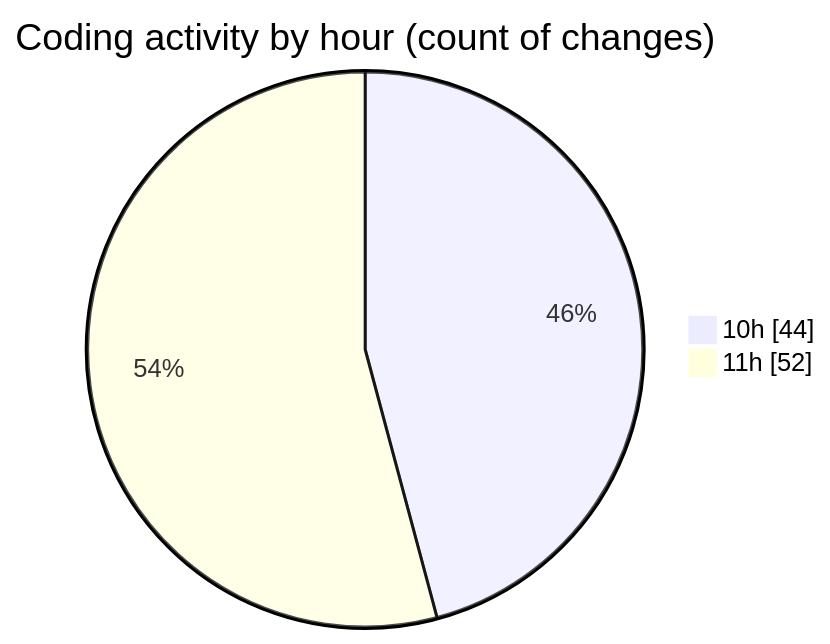
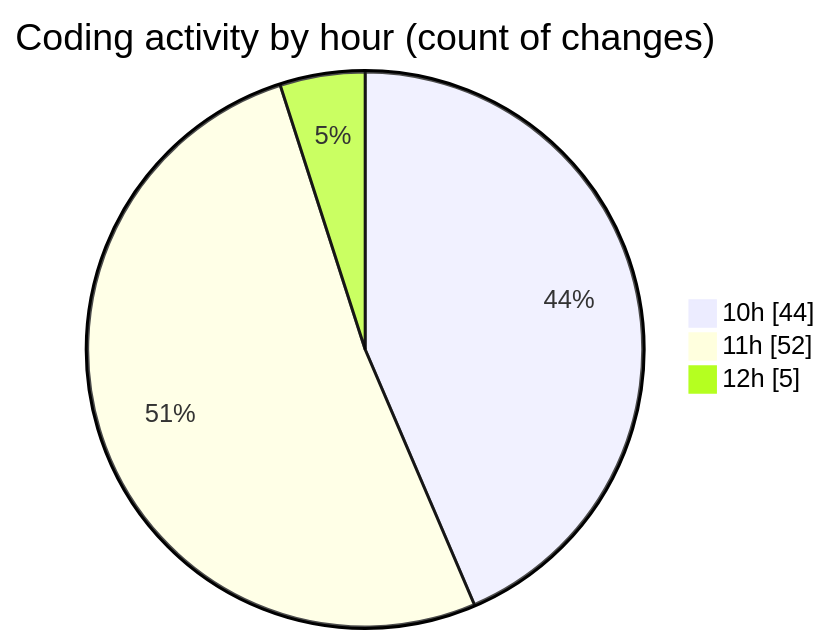
Before and after one commit to momahboobian/code-tracking: the second of 2 diagrams in 2025-08-28/cda/README.md, drawn with Mermaid. The commit also changed other lines of this file and 1 other file, not shown here.

````diff
--- a/2025-08-28/cda/README.md
+++ b/2025-08-28/cda/README.md
@@ -32,6 +33,7 @@
 ```mermaid
 pie showData
 title Coding activity by hour (count of changes)
 "10h" : 44
 "11h" : 52
+"12h" : 5
 ```
````
